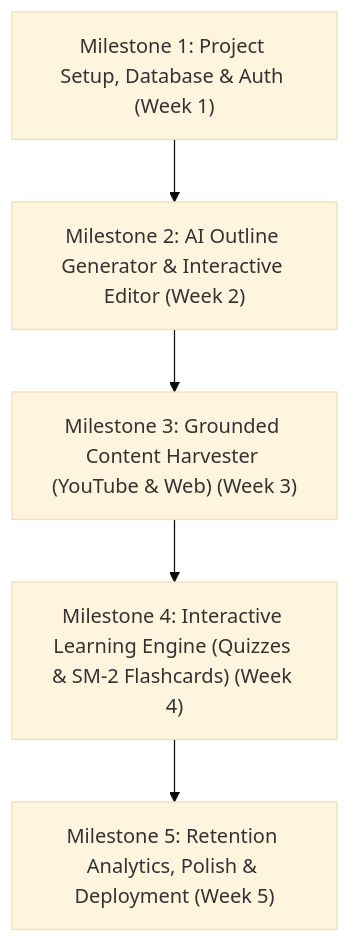
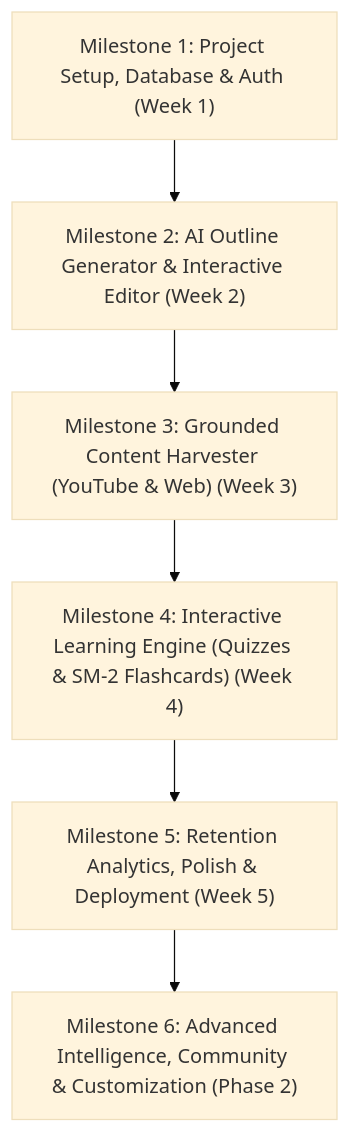
Before and after one commit to mdriyadmr968/LearnStratum: the diagram in PROJECT_PLAN.md, drawn with Mermaid (base theme). The commit also changed other lines of this file, not shown here.

Commit message:
docs: add Milestone 6 to project plan (AI Tutor, Certificates, pgvector Search, Theme Toggle, Course Sharing)

````diff
--- a/PROJECT_PLAN.md
+++ b/PROJECT_PLAN.md
@@ -221,10 +221,11 @@
 ```mermaid
 flowchart TD
     M1["Milestone 1: Project Setup, Database & Auth (Week 1)"]
     M2["Milestone 2: AI Outline Generator & Interactive Editor (Week 2)"]
     M3["Milestone 3: Grounded Content Harvester (YouTube & Web) (Week 3)"]
     M4["Milestone 4: Interactive Learning Engine (Quizzes & SM-2 Flashcards) (Week 4)"]
     M5["Milestone 5: Retention Analytics, Polish & Deployment (Week 5)"]
+    M6["Milestone 6: Advanced Intelligence, Community & Customization (Phase 2)"]
 
-    M1 --> M2 --> M3 --> M4 --> M5
+    M1 --> M2 --> M3 --> M4 --> M5 --> M6
 ```
````
